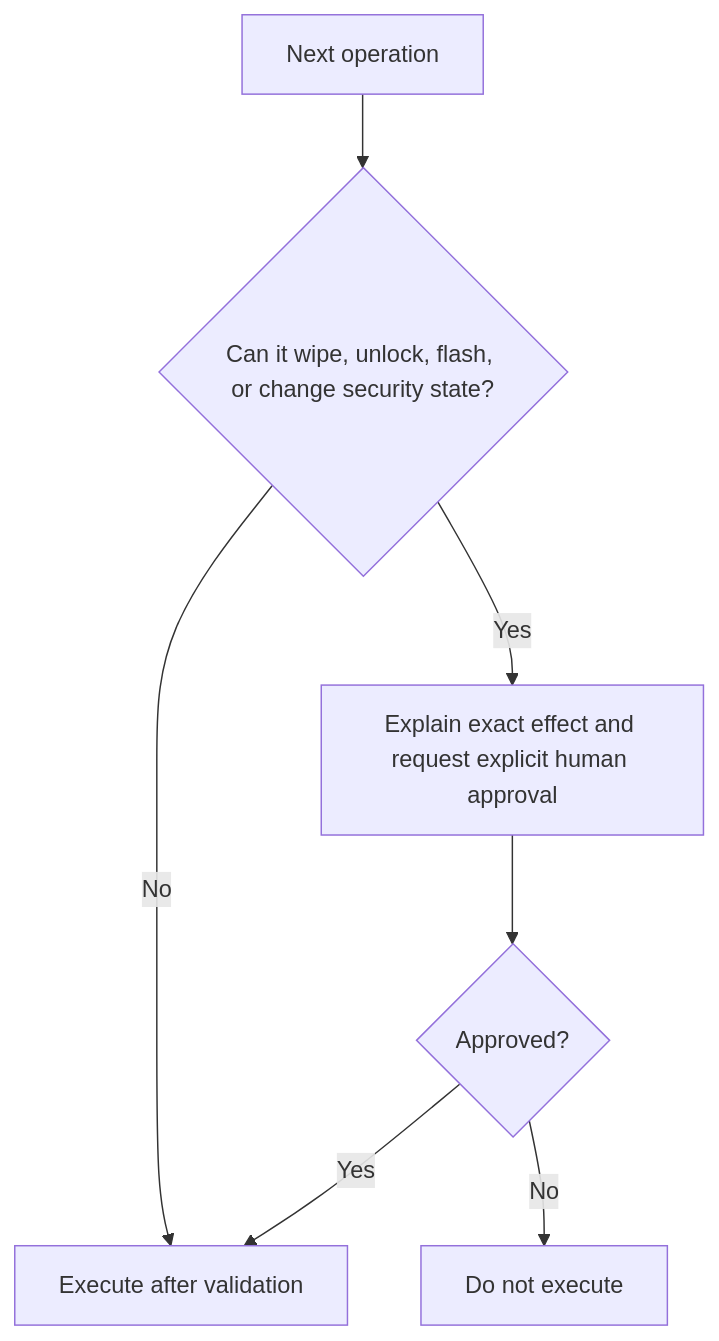
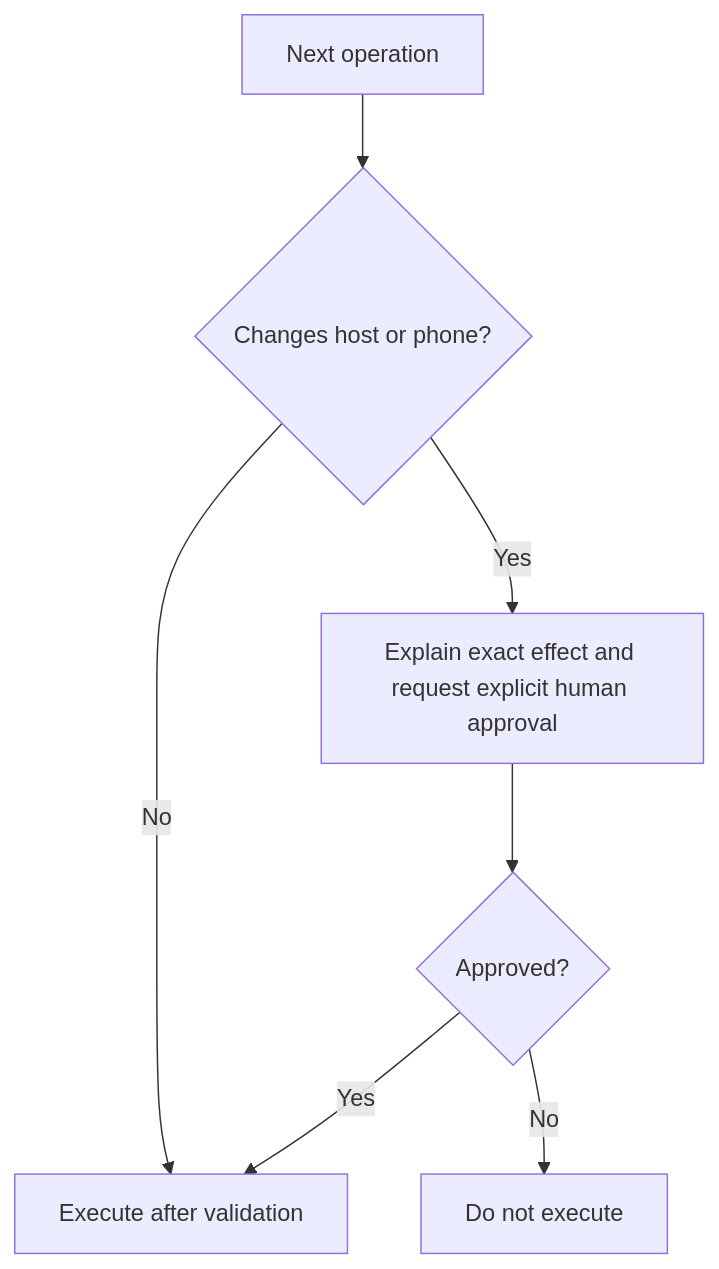
Before and after one commit to starodubtsevconsulting/ai-commands: the fifth of 6 diagrams in install/grapheneos/install-grapheneos.spec.md, drawn with Mermaid. The commit also changed other lines of this file, not shown here.

Commit message:
Specify GrapheneOS host dependencies

````diff
--- a/install/grapheneos/install-grapheneos.spec.md
+++ b/install/grapheneos/install-grapheneos.spec.md
@@ -142,9 +154,9 @@
 ```mermaid
 flowchart TD
-  Step["Next operation"] --> Destructive{"Can it wipe, unlock, flash, or change security state?"}
-  Destructive -->|No| Execute["Execute after validation"]
-  Destructive -->|Yes| Approval["Explain exact effect and request explicit human approval"]
+  Step["Next operation"] --> Mutation{"Changes host or phone?"}
+  Mutation -->|No| Execute["Execute after validation"]
+  Mutation -->|Yes| Approval["Explain exact effect and request explicit human approval"]
   Approval --> Approved{"Approved?"}
   Approved -->|No| Stop["Do not execute"]
   Approved -->|Yes| Execute
 ```
````
